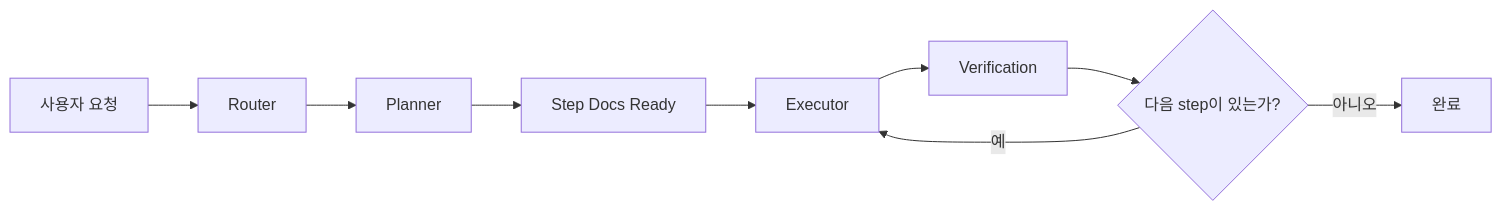
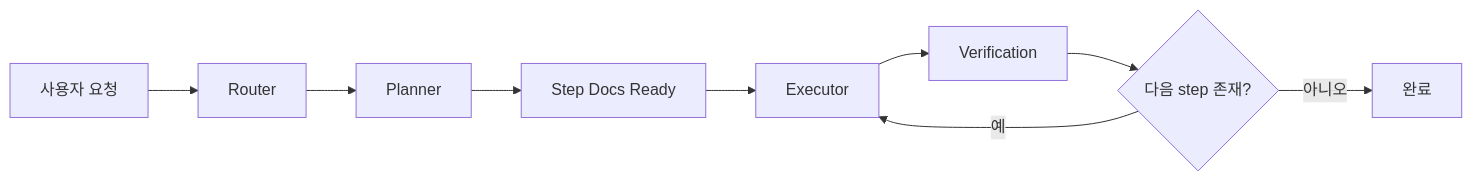
Before and after one commit to Tedeeeee/harness: the first of 2 diagrams in README.md, drawn with Mermaid. The commit also changed other lines of this file and 7 other files, not shown here.

````diff
--- a/README.md
+++ b/README.md
@@ -41,11 +42,11 @@
 ```mermaid
 flowchart LR
     A["사용자 요청"] --> B["Router"]
     B --> C["Planner"]
     C --> D["Step Docs Ready"]
     D --> E["Executor"]
     E --> F["Verification"]
-    F --> G{"다음 step이 있는가?"}
+    F --> G{"다음 step 존재?"}
     G -- "예" --> E
     G -- "아니오" --> H["완료"]
 ```
````
